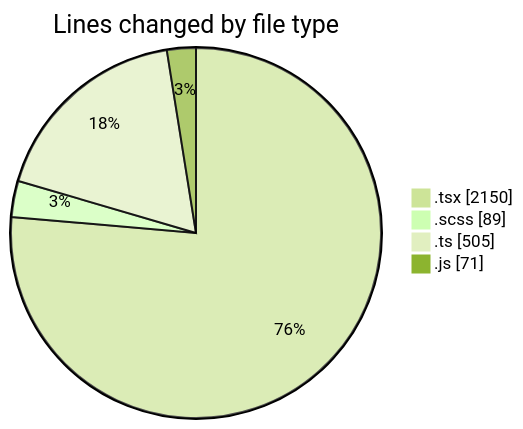
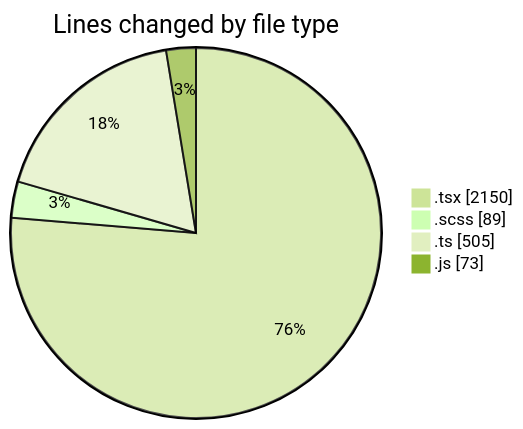
Before and after one commit to momahboobian/code-tracking: the first of 2 diagrams in 2025-06-17/cda/README.md, drawn with Mermaid (forest theme). The commit also changed other lines of this file and 1 other file, not shown here.

````diff
--- a/2025-06-17/cda/README.md
+++ b/2025-06-17/cda/README.md
@@ -26,8 +26,8 @@
 ```mermaid
 pie showData
 title Lines changed by file type
 ".tsx" : 2150
 ".scss" : 89
 ".ts" : 505
-".js" : 71
+".js" : 73
 ```
````
